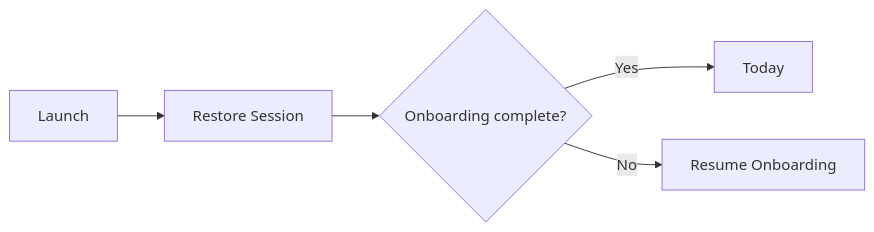
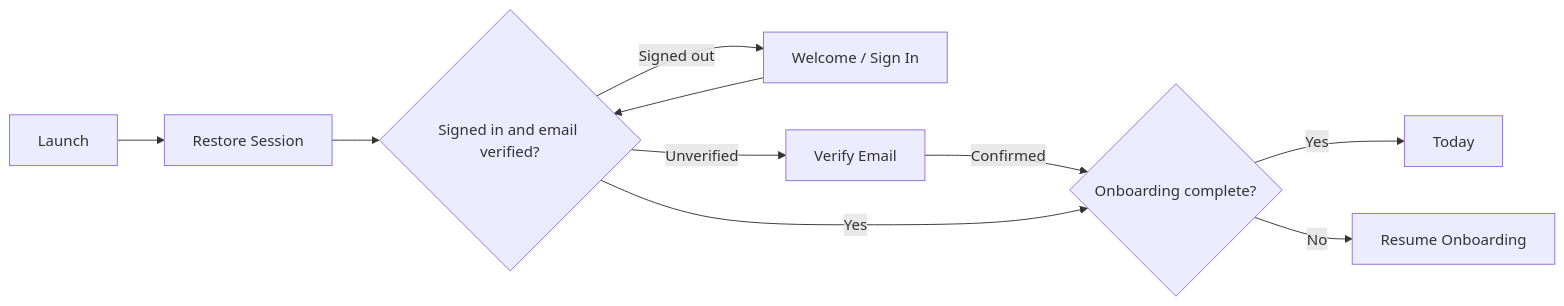
One commit to evanmcpheron/77Faithful changed the seventh of 12 diagrams in docs/APP_NAVIGATION_AND_UX.md. Above: the diagram before and after it, drawn with Mermaid. The commit also changed other lines of this file and 23 other files, not shown here.

````diff
--- a/docs/APP_NAVIGATION_AND_UX.md
+++ b/docs/APP_NAVIGATION_AND_UX.md
@@ -1510,7 +1509,12 @@
 ```mermaid
 flowchart LR
     Launch --> Restore[Restore Session]
-    Restore --> Check{Onboarding complete?}
+    Restore --> Verified{Signed in and email verified?}
+    Verified -->|Signed out| Auth[Welcome / Sign In]
+    Verified -->|Unverified| Verify[Verify Email]
+    Auth --> Verified
+    Verify -->|Confirmed| Check{Onboarding complete?}
+    Verified -->|Yes| Check
     Check -->|Yes| Today
     Check -->|No| Resume[Resume Onboarding]
 ```
````
